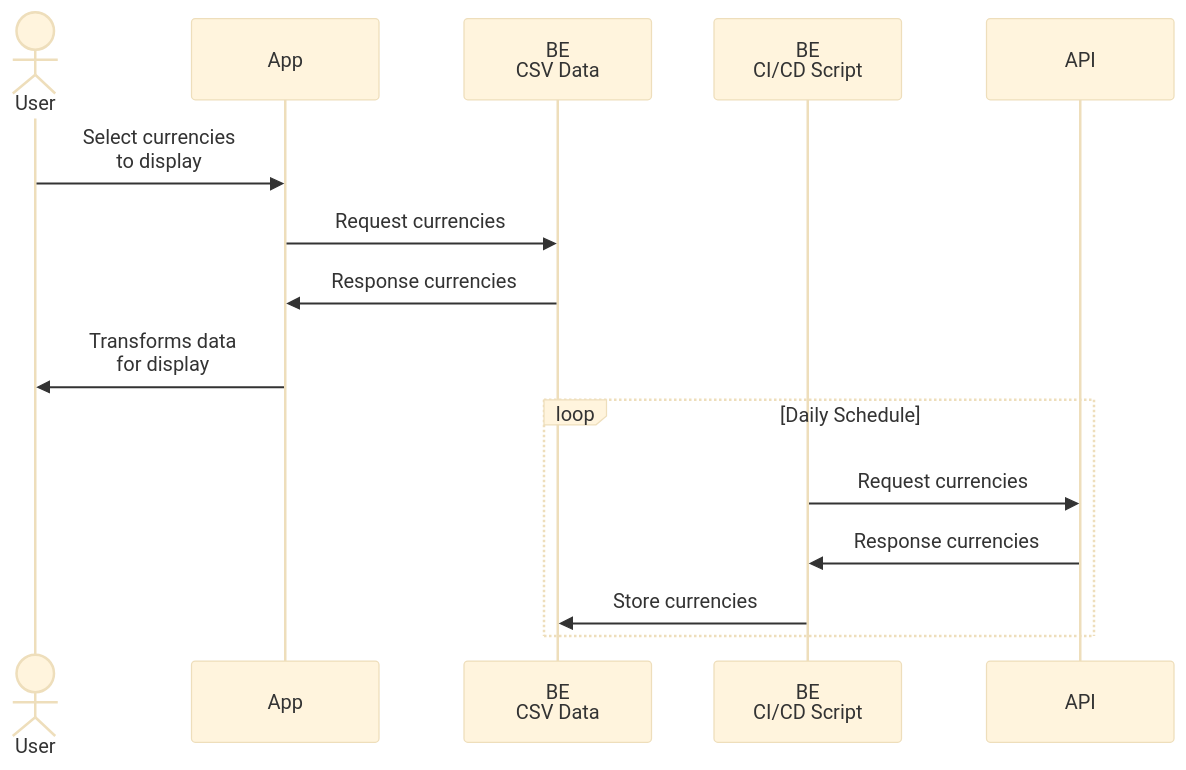
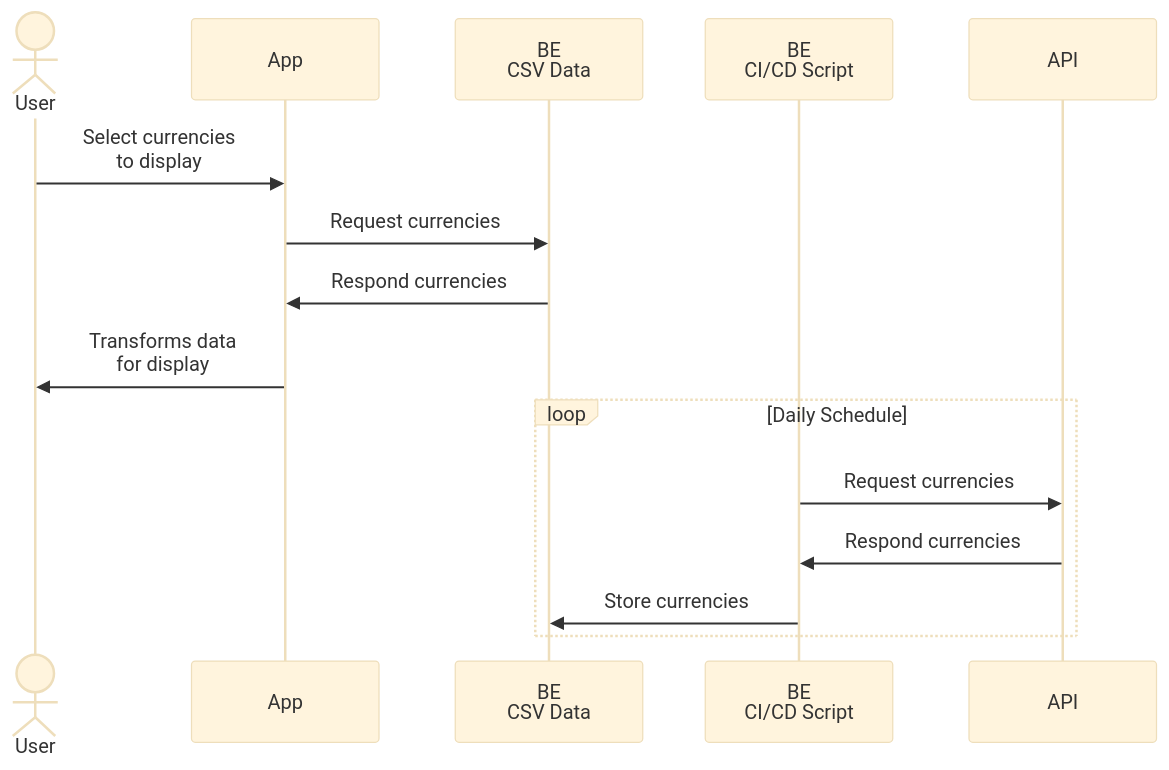
Before and after one commit to icmx/floats: the diagram in docs/SPECS.md, drawn with Mermaid (base theme). The commit also changed other lines of this file, not shown here.

````diff
--- a/docs/SPECS.md
+++ b/docs/SPECS.md
@@ -19,19 +19,19 @@
 ```mermaid
 sequenceDiagram
     actor user as User
     participant app as App
     participant csv as BE<br />CSV Data
     participant cicd as BE<br />CI/CD Script
     participant api as API
 
     user->>app: Select currencies<br />to display
     app->>csv: Request currencies
-    csv->>app: Response currencies
+    csv->>app: Respond currencies
     app->>user: Transforms data<br />for display
 
     loop Daily Schedule
     cicd->>api: Request currencies
-    api->>cicd: Response currencies
+    api->>cicd: Respond currencies
     cicd->>csv: Store currencies
     end
 ```
````
